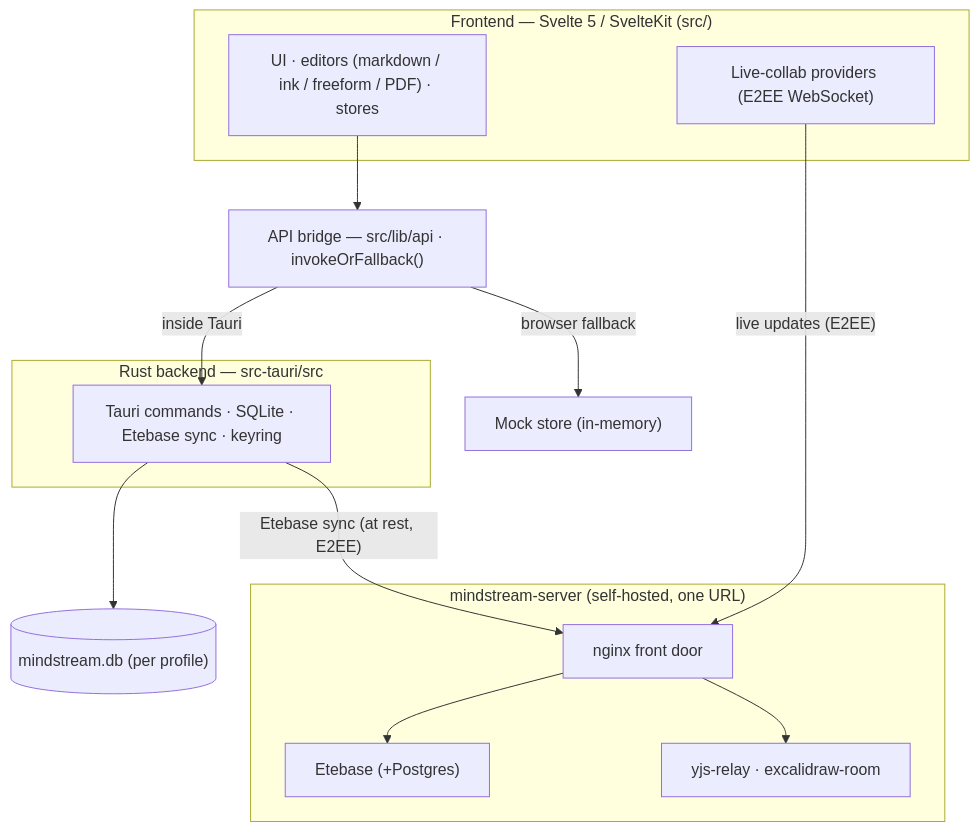
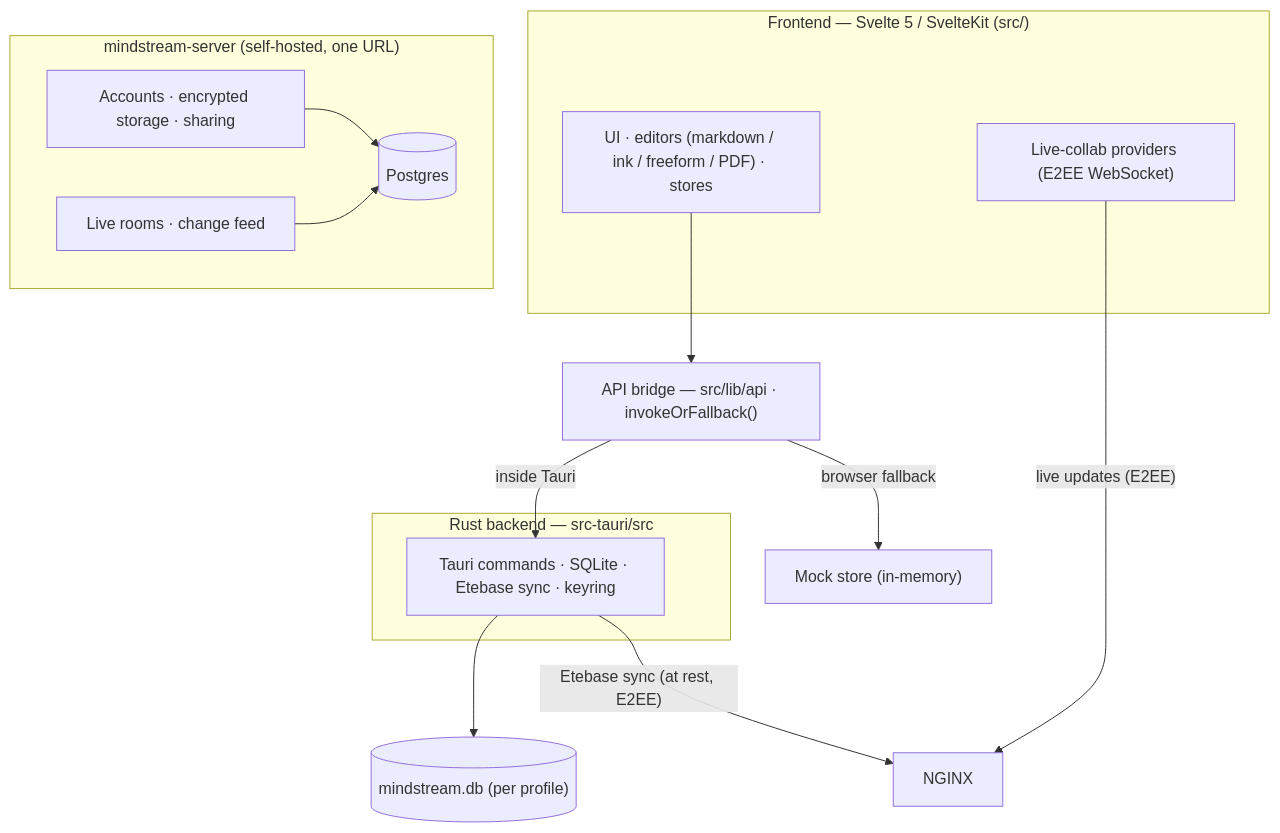
The diagram in docs/architecture.md (jannikgohr/mindstream-notes), drawn with Mermaid before and after one commit. The commit also changed other lines of this file and 74 other files, not shown here.

First line of the commit message:
feat(sync): move live collaboration onto the server's rooms

````diff
--- a/docs/architecture.md
+++ b/docs/architecture.md
@@ -24,31 +24,31 @@
 ```mermaid
 flowchart TB
     subgraph FE["Frontend — Svelte 5 / SvelteKit (src/)"]
         UI["UI · editors (markdown / ink / freeform / PDF) · stores"]
         CP["Live-collab providers (E2EE WebSocket)"]
     end
 
     Bridge["API bridge — src/lib/api · invokeOrFallback()"]
     Mock["Mock store (in-memory)"]
 
     subgraph BE["Rust backend — src-tauri/src"]
         Rust["Tauri commands · SQLite · Etebase sync · keyring"]
     end
 
     DB[("mindstream.db (per profile)")]
 
     subgraph SRV["mindstream-server (self-hosted, one URL)"]
-        NGINX["nginx front door"]
-        Etebase["Etebase (+Postgres)"]
-        Relays["yjs-relay · excalidraw-room"]
-        NGINX --> Etebase
-        NGINX --> Relays
+        API["Accounts · encrypted storage · sharing"]
+        Rooms["Live rooms · change feed"]
+        PG[("Postgres")]
+        API --> PG
+        Rooms --> PG
     end
 
     UI --> Bridge
     Bridge -->|inside Tauri| Rust
     Bridge -->|browser fallback| Mock
     Rust --> DB
     Rust -->|"Etebase sync (at rest, E2EE)"| NGINX
     CP -->|"live updates (E2EE)"| NGINX
 ```
````
